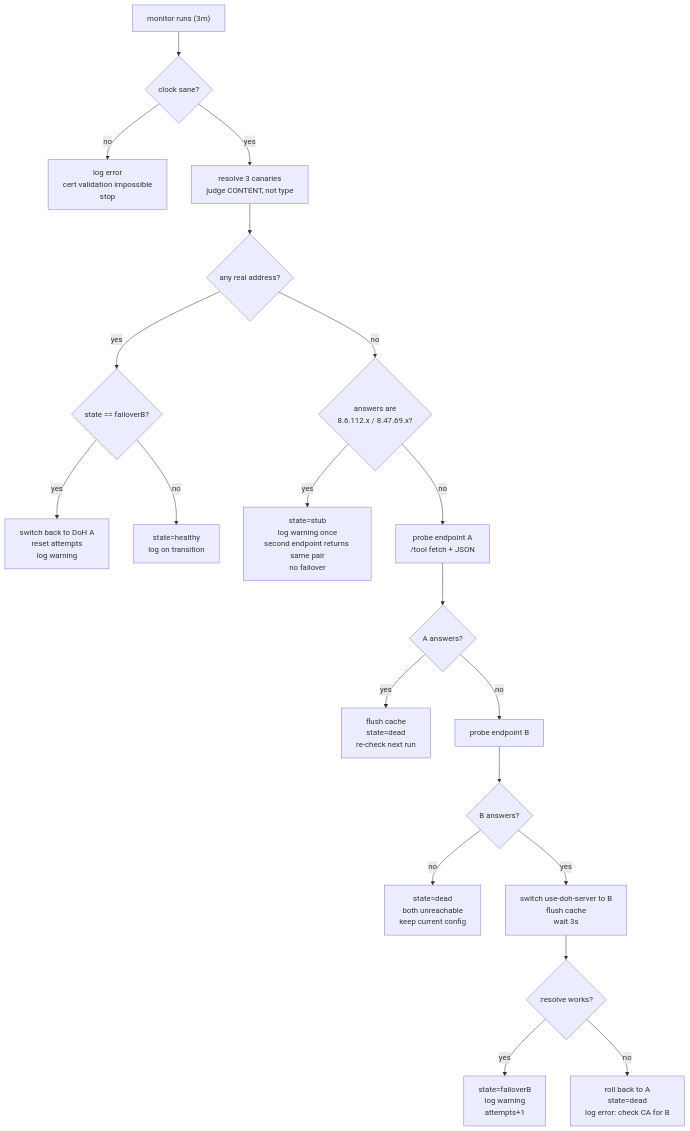
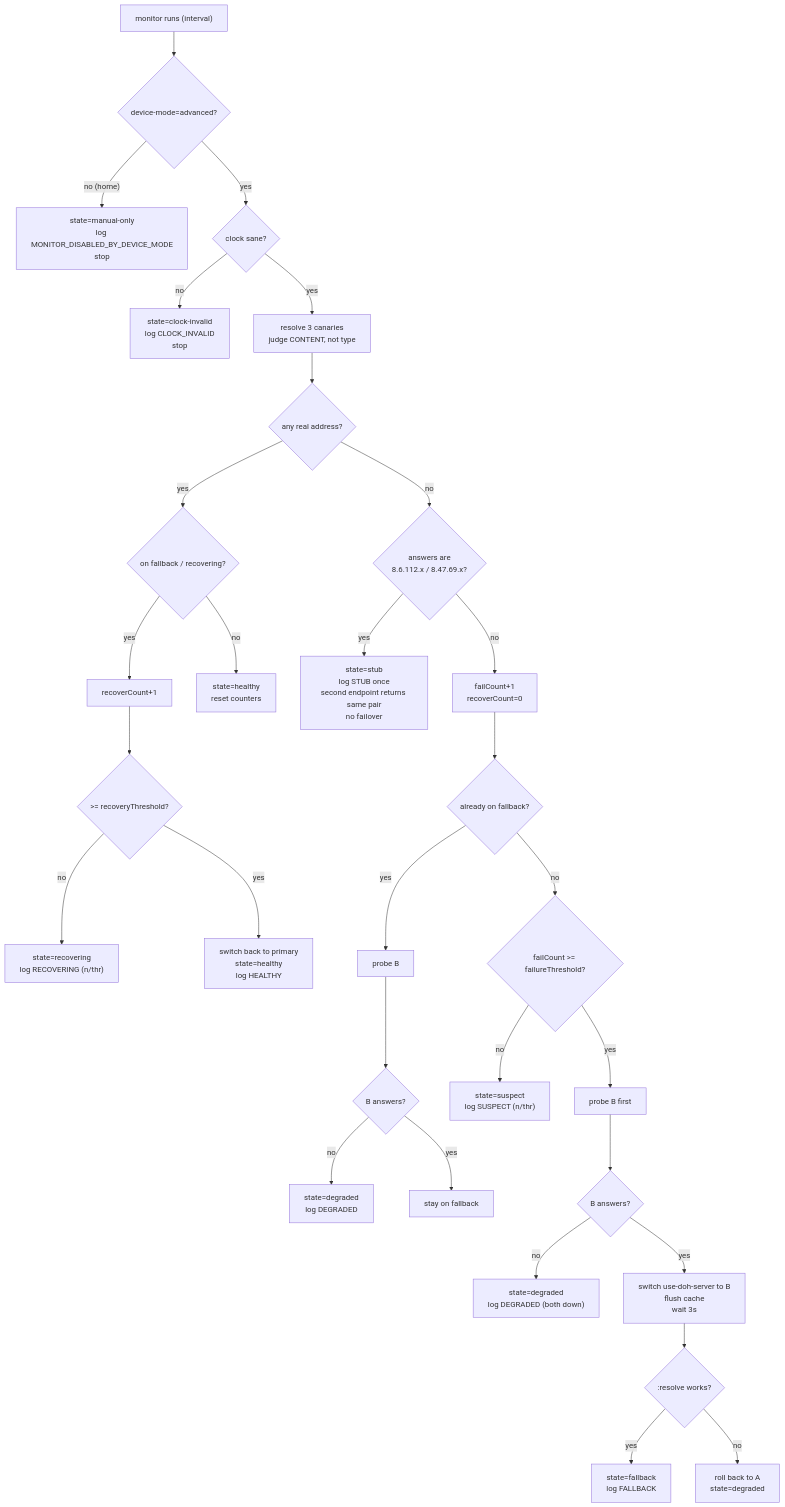
One commit to paulmann/mikrotik-doh-failover changed the diagram in diagrams/dns-failover.mmd. Above: the diagram before and after it, drawn with Mermaid. The commit also changed 8 other files, not shown here.

Commit message:
Add 0.3.0: explicit state machine, hysteresis thresholds, configurable interval, strict enforcement, device-mode diagnostics

```diff
--- a/diagrams/dns-failover.mmd
+++ b/diagrams/dns-failover.mmd
@@ -1,20 +1,30 @@
 flowchart TD
-    Start["monitor runs (3m)"] --> Clock{"clock sane?"}
-    Clock -->|"no"| ClockWarn["log error<br/>cert validation impossible<br/>stop"]
+    Start["monitor runs (interval)"] --> DeviceMode{"device-mode=advanced?"}
+    DeviceMode -->|"no (home)"| Manual["state=manual-only<br/>log MONITOR_DISABLED_BY_DEVICE_MODE<br/>stop"]
+    DeviceMode -->|"yes"| Clock{"clock sane?"}
+    Clock -->|"no"| ClockInv["state=clock-invalid<br/>log CLOCK_INVALID<br/>stop"]
     Clock -->|"yes"| Answers["resolve 3 canaries<br/>judge CONTENT, not type"]
     Answers --> Good{"any real address?"}
-    Good -->|"yes"| Home{"state == failoverB?"}
-    Home -->|"yes"| Back["switch back to DoH A<br/>reset attempts<br/>log warning"]
-    Home -->|"no"| Healthy["state=healthy<br/>log on transition"]
+    Good -->|"yes"| OnFallback{"on fallback / recovering?"}
+    OnFallback -->|"yes"| Recover["recoverCount+1"]
+    Recover --> RecoverThr{">= recoveryThreshold?"}
+    RecoverThr -->|"no"| Recovering["state=recovering<br/>log RECOVERING (n/thr)"]
+    RecoverThr -->|"yes"| Healthy["switch back to primary<br/>state=healthy<br/>log HEALTHY"]
+    OnFallback -->|"no"| Healthy2["state=healthy<br/>reset counters"]
     Good -->|"no"| Stub{"answers are<br/>8.6.112.x / 8.47.69.x?"}
-    Stub -->|"yes"| StubState["state=stub<br/>log warning once<br/>second endpoint returns same pair<br/>no failover"]
-    Stub -->|"no"| ProbeA["probe endpoint A<br/>/tool fetch + JSON"]
-    ProbeA --> AliveA{"A answers?"}
-    AliveA -->|"yes"| Flush["flush cache<br/>state=dead<br/>re-check next run"]
-    AliveA -->|"no"| ProbeB["probe endpoint B"]
-    ProbeB --> AliveB{"B answers?"}
-    AliveB -->|"no"| Keep["state=dead<br/>both unreachable<br/>keep current config"]
-    AliveB -->|"yes"| Switch["switch use-doh-server to B<br/>flush cache<br/>wait 3s"]
+    Stub -->|"yes"| StubState["state=stub<br/>log STUB once<br/>second endpoint returns same pair<br/>no failover"]
+    Stub -->|"no"| FailCount["failCount+1<br/>recoverCount=0"]
+    FailCount --> OnFallback2{"already on fallback?"}
+    OnFallback2 -->|"yes"| CheckB2["probe B"]
+    CheckB2 --> B2ok{"B answers?"}
+    B2ok -->|"no"| Degraded["state=degraded<br/>log DEGRADED"]
+    B2ok -->|"yes"| StayB["stay on fallback"]
+    OnFallback2 -->|"no"| Thr{"failCount >= failureThreshold?"}
+    Thr -->|"no"| Suspect["state=suspect<br/>log SUSPECT (n/thr)"]
+    Thr -->|"yes"| ProbeB["probe B first"]
+    ProbeB --> Bok{"B answers?"}
+    Bok -->|"no"| Degraded2["state=degraded<br/>log DEGRADED (both down)"]
+    Bok -->|"yes"| Switch["switch use-doh-server to B<br/>flush cache<br/>wait 3s"]
     Switch --> Verify{":resolve works?"}
-    Verify -->|"yes"| Failover["state=failoverB<br/>log warning<br/>attempts+1"]
-    Verify -->|"no"| Rollback["roll back to A<br/>state=dead<br/>log error: check CA for B"]
+    Verify -->|"yes"| Fallback["state=fallback<br/>log FALLBACK"]
+    Verify -->|"no"| Rollback["roll back to A<br/>state=degraded"]
```
